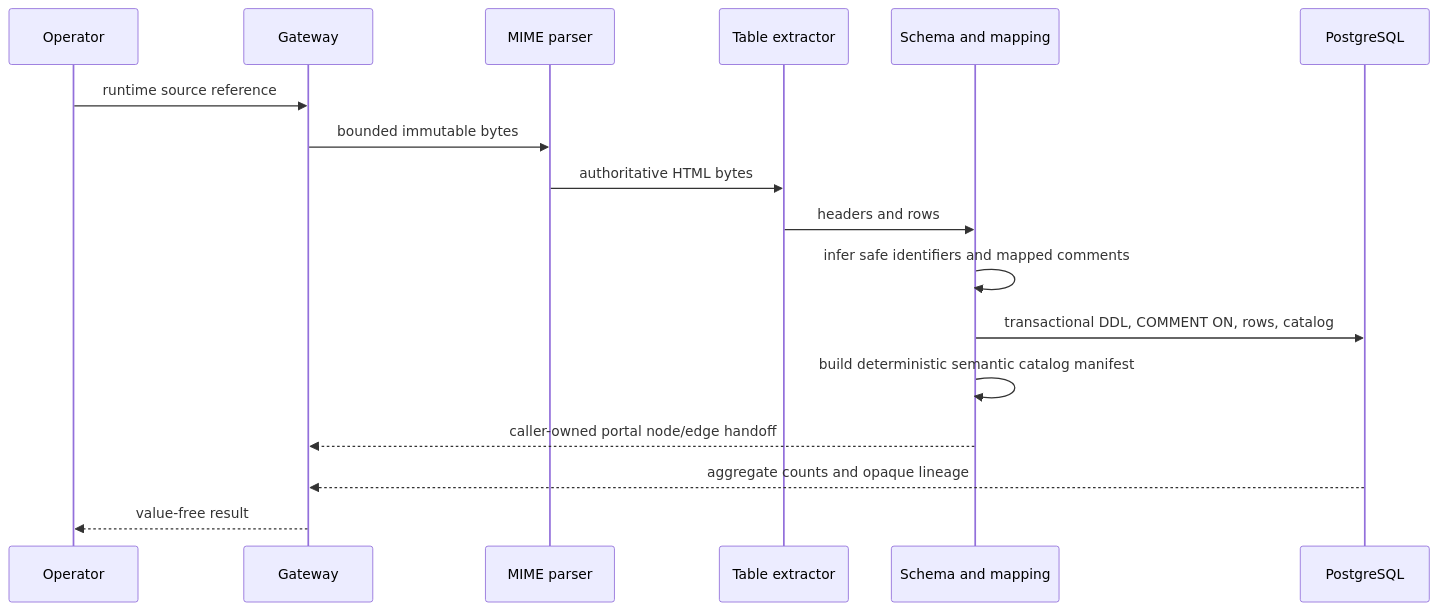
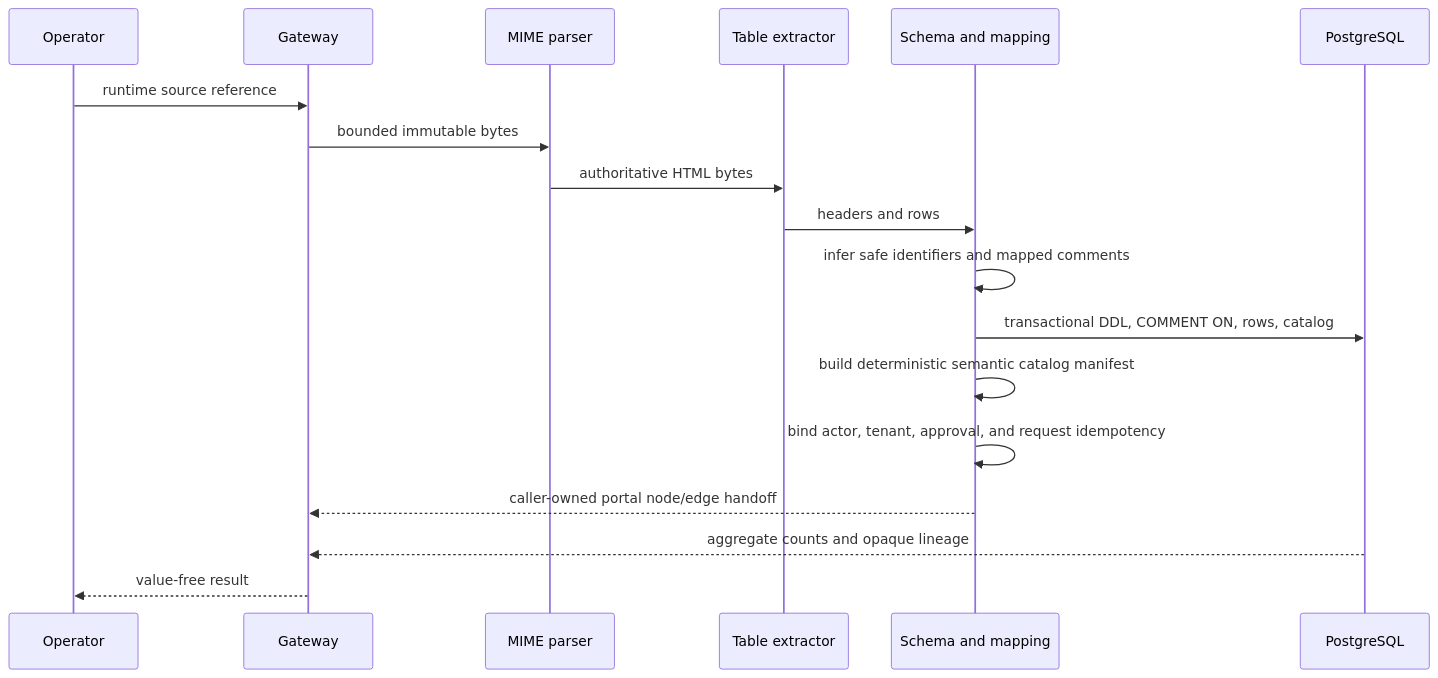
One commit to ContextualWisdomLab/mhtml-etl-gateway changed the second of 3 diagrams in docs/ARCHITECTURE.md. Above: the diagram before and after it, drawn with Mermaid. The commit also changed other lines of this file and 25 other files, not shown here.

````diff
--- a/docs/ARCHITECTURE.md
+++ b/docs/ARCHITECTURE.md
@@ -46,19 +49,20 @@
 ```mermaid
 sequenceDiagram
     participant U as Operator
     participant G as Gateway
     participant M as MIME parser
     participant T as Table extractor
     participant S as Schema and mapping
     participant P as PostgreSQL
     U->>G: runtime source reference
     G->>M: bounded immutable bytes
     M->>T: authoritative HTML bytes
     T->>S: headers and rows
     S->>S: infer safe identifiers and mapped comments
     S->>P: transactional DDL, COMMENT ON, rows, catalog
     S->>S: build deterministic semantic catalog manifest
+    S->>S: bind actor, tenant, approval, and request idempotency
     S-->>G: caller-owned portal node/edge handoff
     P-->>G: aggregate counts and opaque lineage
     G-->>U: value-free result
 ```
````
